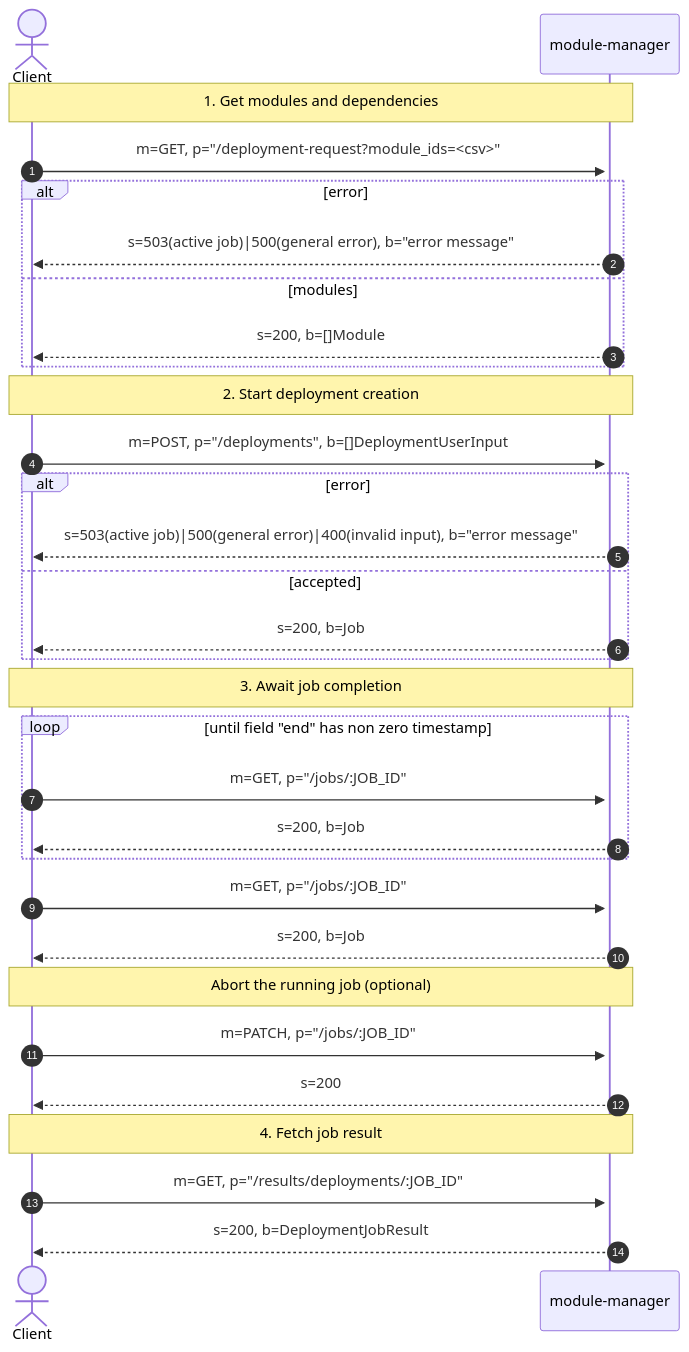
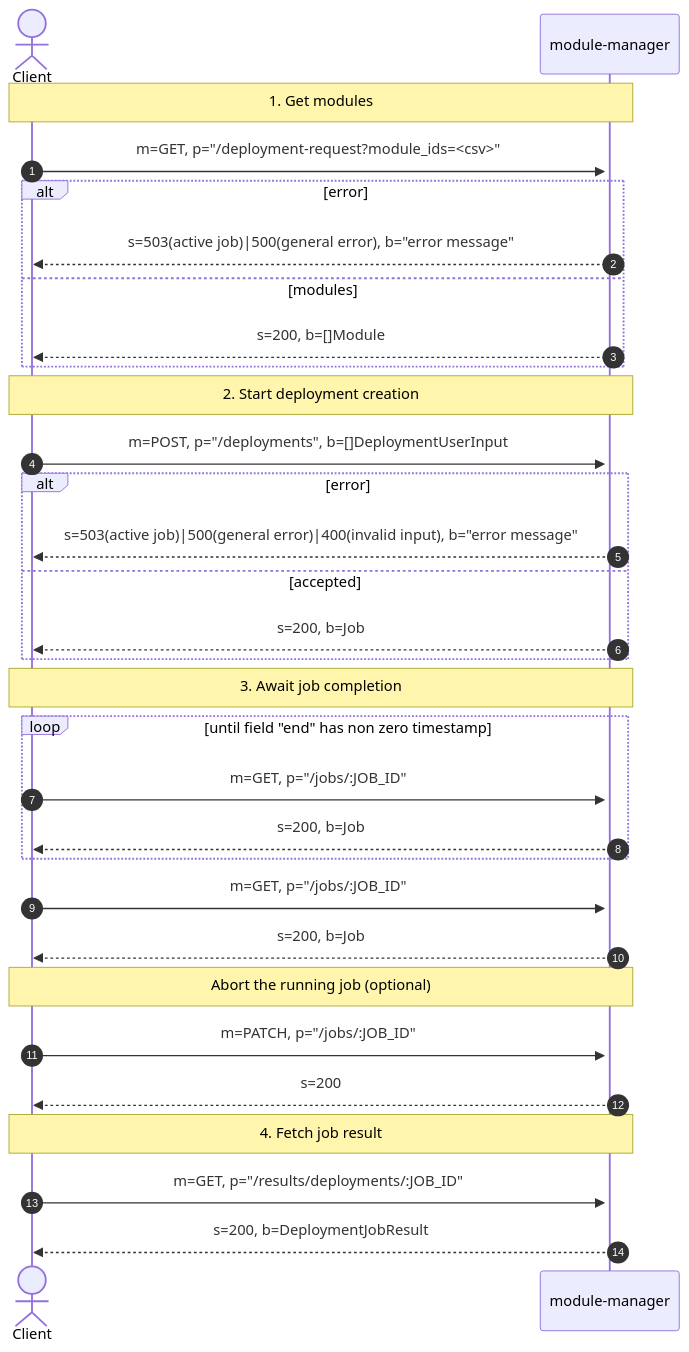
One commit to SENERGY-Platform/mgw-module-manager changed the third of 4 diagrams in README.md. Above: the diagram before and after it, drawn with Mermaid.

````diff
--- a/README.md
+++ b/README.md
@@ -338,42 +338,42 @@
 ```mermaid
 sequenceDiagram
     autonumber
     actor C as Client
     participant A as module-manager
 
-    Note over C,A: 1. Get modules and dependencies
+    Note over C,A: 1. Get modules
 
     C->>+A: m=GET, p="/deployment-request?module_ids=<csv>"
     alt error
         A-->>C: s=503(active job)|500(general error), b="error message"
     else modules
         A-->>C: s=200, b=[]Module
     end
 
     Note over C,A: 2. Start deployment creation
 
     C->>+A: m=POST, p="/deployments", b=[]DeploymentUserInput
     alt error
         A-->>C: s=503(active job)|500(general error)|400(invalid input), b="error message"
     else accepted
         A-->>C: s=200, b=Job
     end
 
     Note over C,A: 3. Await job completion
 
     loop until field "end" has non zero timestamp
         C->>A: m=GET, p="/jobs/:JOB_ID"
         A-->>C: s=200, b=Job
     end
     C->>A: m=GET, p="/jobs/:JOB_ID"
     A-->>C: s=200, b=Job
 
     Note over C,A: Abort the running job (optional)
     C->>A: m=PATCH, p="/jobs/:JOB_ID"
     A-->>C: s=200
 
     Note over C,A: 4. Fetch job result
 
     C->>A: m=GET, p="/results/deployments/:JOB_ID"
     A-->>C: s=200, b=DeploymentJobResult
 ```
````
